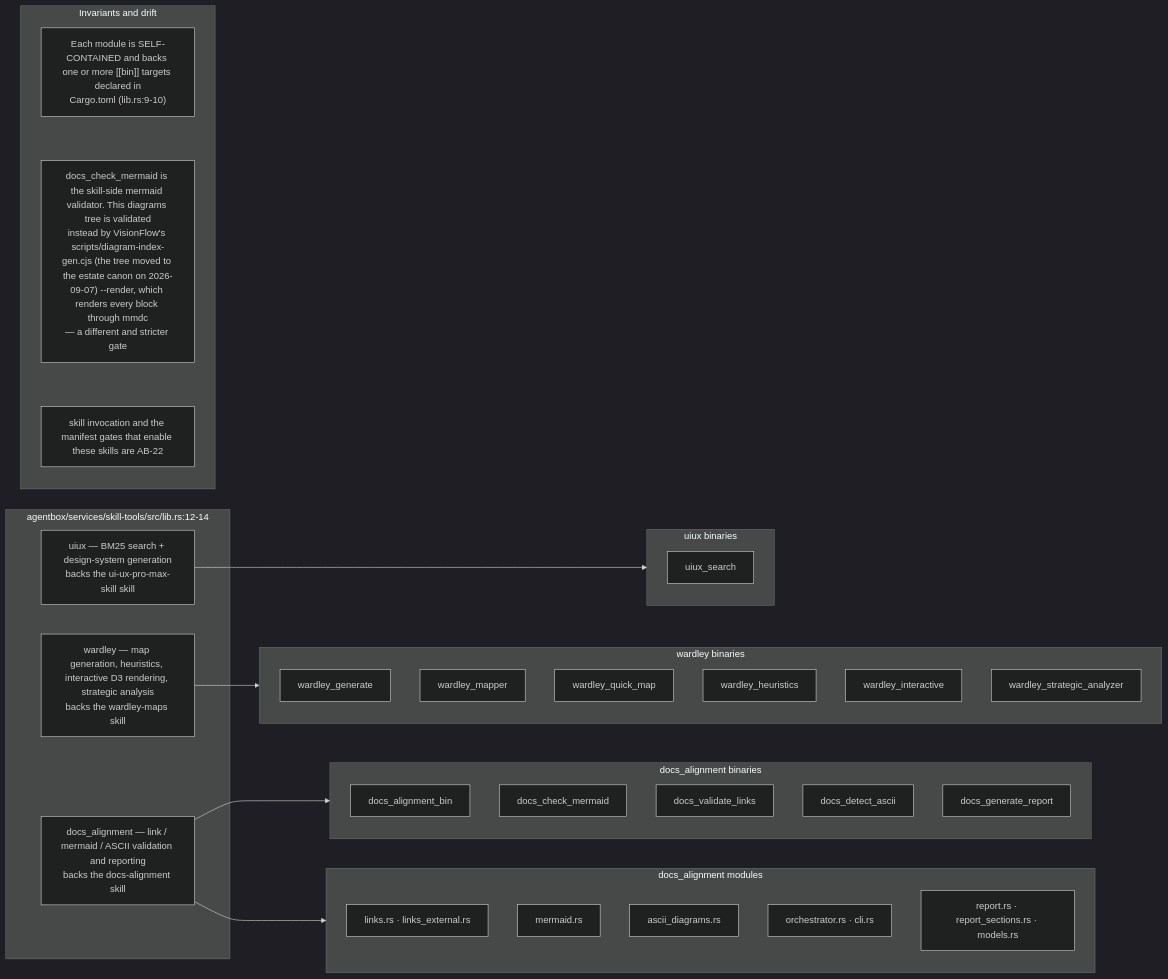
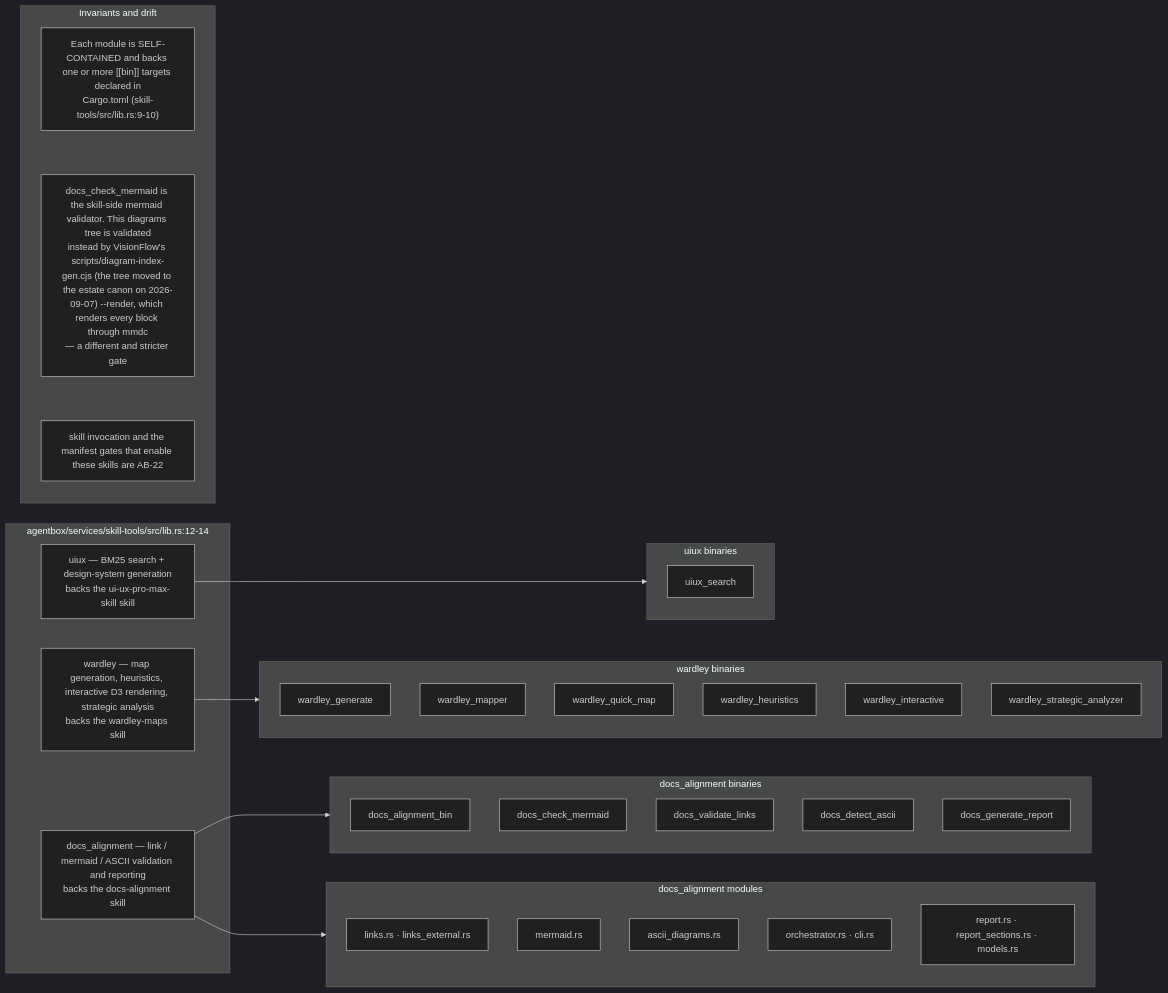
The seventh of 10 diagrams in docs/diagrams/agentbox/28-agentbox-services-and-manifest-binary.md (DreamLab-AI/VisionFlow), drawn with Mermaid (dark theme) before and after one commit. The commit also changed other lines of this file and 185 other files, not shown here.

Commit message:
docs(estate): reconcile diagrams and ADRs with source and define closeout sprint

````diff
--- a/docs/diagrams/agentbox/28-agentbox-services-and-manifest-binary.md
+++ b/docs/diagrams/agentbox/28-agentbox-services-and-manifest-binary.md
@@ -300,44 +311,44 @@
 ```mermaid
 flowchart LR
     subgraph mods["agentbox/services/skill-tools/src/lib.rs:12-14"]
         U["uiux — BM25 search + design-system generation<br/>backs the ui-ux-pro-max-skill skill"]
         W["wardley — map generation, heuristics, interactive D3 rendering, strategic analysis<br/>backs the wardley-maps skill"]
         D["docs_alignment — link / mermaid / ASCII validation and reporting<br/>backs the docs-alignment skill"]
     end
     subgraph ub["uiux binaries"]
         UB1["uiux_search"]
     end
     subgraph wb["wardley binaries"]
         WB1["wardley_generate"]
         WB2["wardley_mapper"]
         WB3["wardley_quick_map"]
         WB4["wardley_heuristics"]
         WB5["wardley_interactive"]
         WB6["wardley_strategic_analyzer"]
     end
     subgraph db["docs_alignment binaries"]
         DB1["docs_alignment_bin"]
         DB2["docs_check_mermaid"]
         DB3["docs_validate_links"]
         DB4["docs_detect_ascii"]
         DB5["docs_generate_report"]
     end
     U --> ub
     W --> wb
     D --> db
     subgraph dmods["docs_alignment modules"]
         DM1["links.rs · links_external.rs"]
         DM2["mermaid.rs"]
         DM3["ascii_diagrams.rs"]
         DM4["orchestrator.rs · cli.rs"]
         DM5["report.rs · report_sections.rs · models.rs"]
     end
     D --> dmods
     subgraph notes["Invariants and drift"]
         direction TB
-        N1["Each module is SELF-CONTAINED and backs one or more [[bin]] targets declared in<br/>Cargo.toml (lib.rs:9-10)"]
+        N1["Each module is SELF-CONTAINED and backs one or more [[bin]] targets declared in<br/>Cargo.toml (skill-tools/src/lib.rs:9-10)"]
         N2["docs_check_mermaid is the skill-side mermaid validator. This diagrams tree is validated<br/>instead by VisionFlow's scripts/diagram-index-gen.cjs (the tree moved to the estate canon on 2026-09-07) --render, which renders every block through mmdc<br/>— a different and stricter gate"]
         N3["skill invocation and the manifest gates that enable these skills are AB-22"]
         N1 ~~~ N2 ~~~ N3
     end
 ```
````
